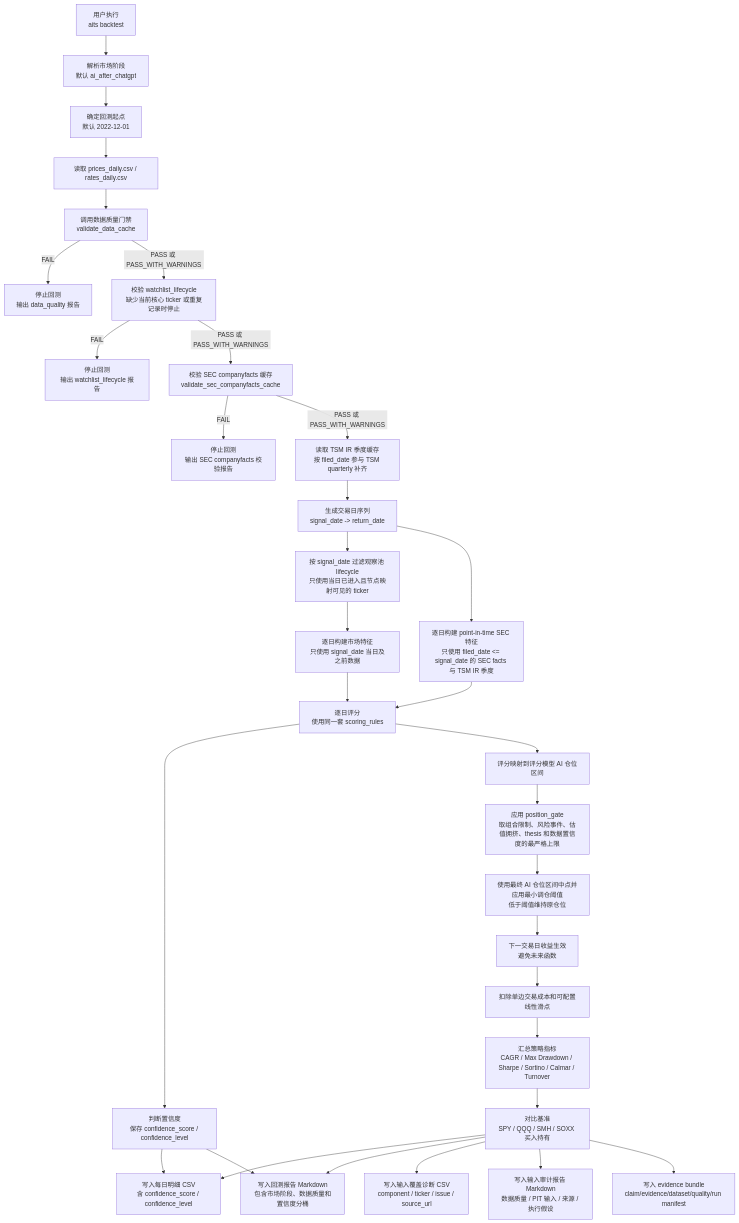
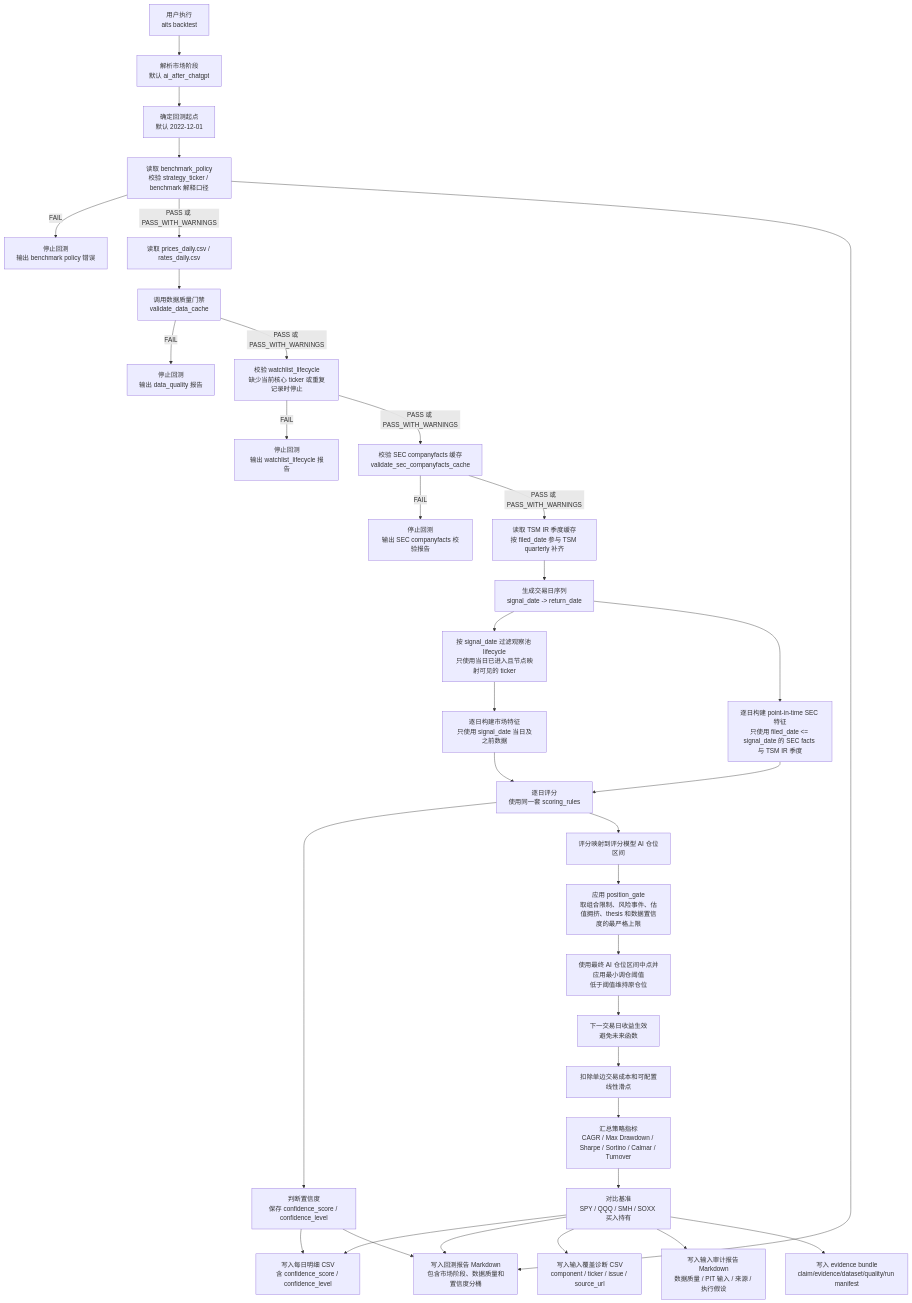
Before and after one commit to AI-Trading-Collaboration/AITradingSystem: the third of 6 diagrams in docs/system_flow.md, drawn with Mermaid. The commit also changed other lines of this file and 11 other files, not shown here.

Commit message:
Implement benchmark policy baseline

````diff
--- a/docs/system_flow.md
+++ b/docs/system_flow.md
@@ -510,34 +519,37 @@
 ```mermaid
 flowchart TD
     A["用户执行<br/>aits backtest"] --> B["解析市场阶段<br/>默认 ai_after_chatgpt"]
     B --> C["确定回测起点<br/>默认 2022-12-01"]
-    C --> D["读取 prices_daily.csv / rates_daily.csv"]
+    C --> BP0["读取 benchmark_policy<br/>校验 strategy_ticker / benchmark 解释口径"]
+    BP0 -->|FAIL| BPF["停止回测<br/>输出 benchmark policy 错误"]
+    BP0 -->|PASS 或 PASS_WITH_WARNINGS| D["读取 prices_daily.csv / rates_daily.csv"]
     D --> E["调用数据质量门禁<br/>validate_data_cache"]
     E -->|FAIL| F["停止回测<br/>输出 data_quality 报告"]
     E -->|PASS 或 PASS_WITH_WARNINGS| W0["校验 watchlist_lifecycle<br/>缺少当前核心 ticker 或重复记录时停止"]
     W0 -->|FAIL| WF["停止回测<br/>输出 watchlist_lifecycle 报告"]
     W0 -->|PASS 或 PASS_WITH_WARNINGS| S1["校验 SEC companyfacts 缓存<br/>validate_sec_companyfacts_cache"]
     S1 -->|FAIL| S2["停止回测<br/>输出 SEC companyfacts 校验报告"]
     S1 -->|PASS 或 PASS_WITH_WARNINGS| TSM["读取 TSM IR 季度缓存<br/>按 filed_date 参与 TSM quarterly 补齐"]
     TSM --> G["生成交易日序列<br/>signal_date -> return_date"]
     G --> WL0["按 signal_date 过滤观察池 lifecycle<br/>只使用当日已进入且节点映射可见的 ticker"]
     WL0 --> H["逐日构建市场特征<br/>只使用 signal_date 当日及之前数据"]
     G --> H2["逐日构建 point-in-time SEC 特征<br/>只使用 filed_date <= signal_date 的 SEC facts 与 TSM IR 季度"]
     H --> I["逐日评分<br/>使用同一套 scoring_rules"]
     H2 --> I
     I --> C0["判断置信度<br/>保存 confidence_score / confidence_level"]
     I --> J["评分映射到评分模型 AI 仓位区间"]
     J --> PG["应用 position_gate<br/>取组合限制、风险事件、估值拥挤、thesis 和数据置信度的最严格上限"]
     PG --> K["使用最终 AI 仓位区间中点并应用最小调仓阈值<br/>低于阈值维持原仓位"]
     K --> L["下一交易日收益生效<br/>避免未来函数"]
     L --> M["扣除单边交易成本和可配置线性滑点"]
     M --> N["汇总策略指标<br/>CAGR / Max Drawdown / Sharpe / Sortino / Calmar / Turnover"]
     N --> O["对比基准<br/>SPY / QQQ / SMH / SOXX 买入持有"]
+    BP0 --> Q
     C0 --> P["写入每日明细 CSV<br/>含 confidence_score / confidence_level"]
     O --> P
     O --> Q["写入回测报告 Markdown<br/>包含市场阶段、数据质量和置信度分桶"]
     C0 --> Q
     O --> R["写入输入覆盖诊断 CSV<br/>component / ticker / issue / source_url"]
     O --> S["写入输入审计报告 Markdown<br/>数据质量 / PIT 输入 / 来源 / 执行假设"]
     O --> T["写入 evidence bundle<br/>claim/evidence/dataset/quality/run manifest"]
 ```
````
